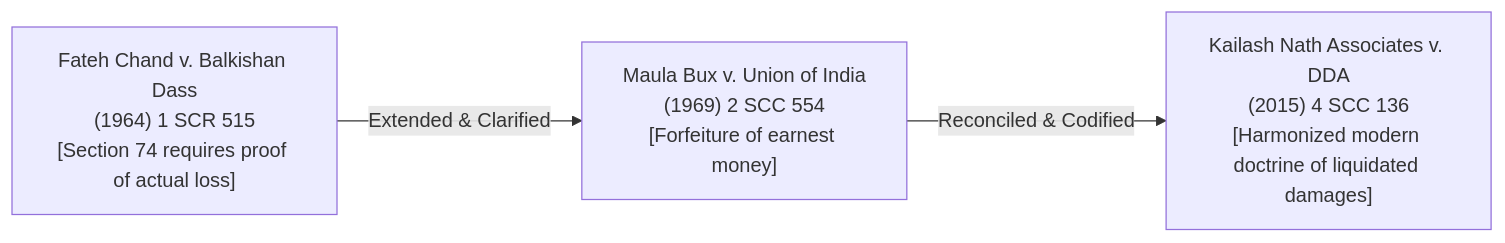
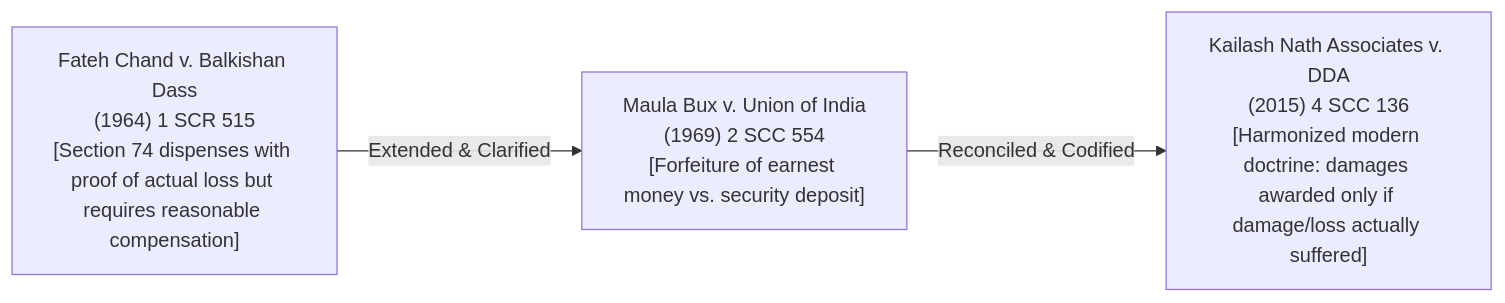
The third of 3 diagrams in 08_CASE_STUDY_DATA_SPECIFICATION.md (Yatharthnagpal/review), drawn with Mermaid before and after one commit. The commit also changed other lines of this file and 18 other files, not shown here.

````diff
--- a/08_CASE_STUDY_DATA_SPECIFICATION.md
+++ b/08_CASE_STUDY_DATA_SPECIFICATION.md
@@ -118,11 +114,11 @@
 ```mermaid
 flowchart LR
-    Case1["Fateh Chand v. Balkishan Dass<br/>(1964) 1 SCR 515<br/>[Section 74 requires proof of actual loss]"]
+    Case1["Fateh Chand v. Balkishan Dass<br/>(1964) 1 SCR 515<br/>[Section 74 dispenses with proof of actual loss but requires reasonable compensation]"]
     
-    Case2["Maula Bux v. Union of India<br/>(1969) 2 SCC 554<br/>[Forfeiture of earnest money]"]
+    Case2["Maula Bux v. Union of India<br/>(1969) 2 SCC 554<br/>[Forfeiture of earnest money vs. security deposit]"]
     
-    Case3["Kailash Nath Associates v. DDA<br/>(2015) 4 SCC 136<br/>[Harmonized modern doctrine of liquidated damages]"]
+    Case3["Kailash Nath Associates v. DDA<br/>(2015) 4 SCC 136<br/>[Harmonized modern doctrine: damages awarded only if damage/loss actually suffered]"]
 
     Case1 -->|"Extended & Clarified"| Case2
     Case2 -->|"Reconciled & Codified"| Case3
 ```
````
